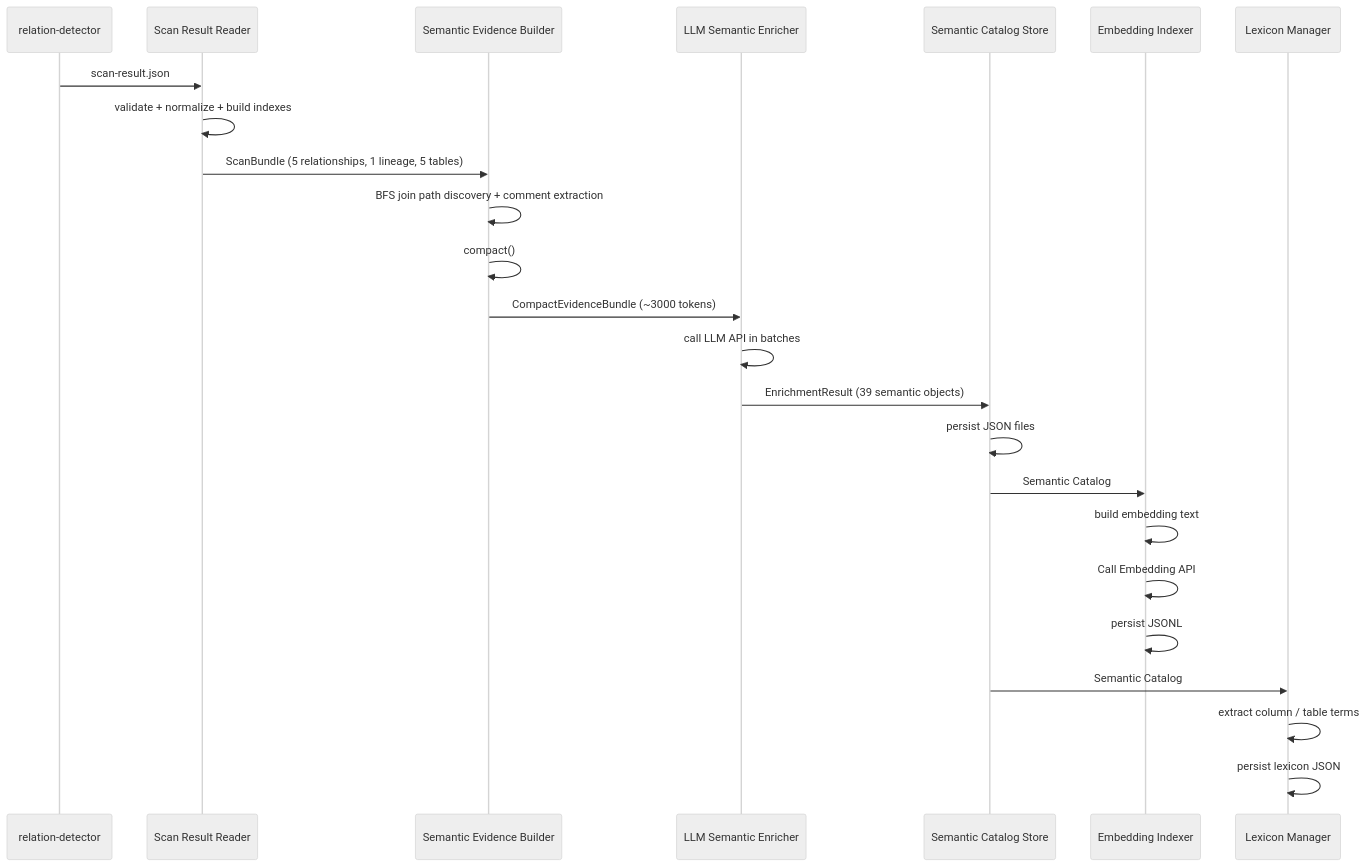
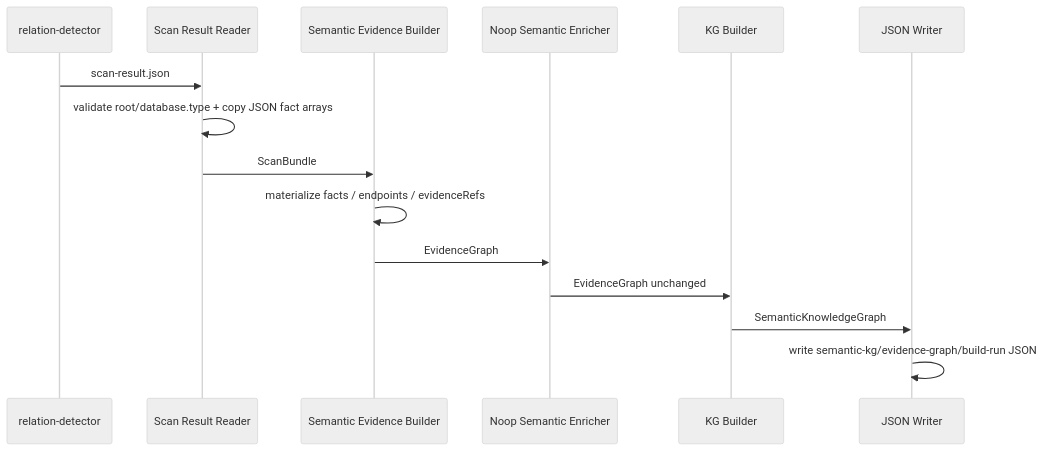
Before and after one commit to xiaoguang/relation-detector: the second of 6 diagrams in docs/design/semantic-layer/end-to-end-examples.md, drawn with Mermaid (neutral theme). The commit also changed other lines of this file and 7021 other files, not shown here.

````diff
--- a/docs/design/semantic-layer/end-to-end-examples.md
+++ b/docs/design/semantic-layer/end-to-end-examples.md
@@ -270,27 +231,18 @@
 ```mermaid
 sequenceDiagram
     participant RD as relation-detector
     participant SR as Scan Result Reader
     participant EB as Semantic Evidence Builder
-    participant LLM as LLM Semantic Enricher
-    participant CS as Semantic Catalog Store
-    participant EI as Embedding Indexer
-    participant LM as Lexicon Manager
+    participant NOOP as Noop Semantic Enricher
+    participant KG as KG Builder
+    participant JW as JSON Writer
 
     RD->>SR: scan-result.json
-    SR->>SR: validate + normalize + build indexes
-    SR->>EB: ScanBundle (5 relationships, 1 lineage, 5 tables)
-    EB->>EB: BFS join path discovery + comment extraction
-    EB->>EB: compact()
-    EB->>LLM: CompactEvidenceBundle (~3000 tokens)
-    LLM->>LLM: call LLM API in batches
-    LLM->>CS: EnrichmentResult (39 semantic objects)
-    CS->>CS: persist JSON files
-    CS->>EI: Semantic Catalog
-    EI->>EI: build embedding text
-    EI->>EI: Call Embedding API
-    EI->>EI: persist JSONL
-    CS->>LM: Semantic Catalog
-    LM->>LM: extract column / table terms
-    LM->>LM: persist lexicon JSON
+    SR->>SR: validate root/database.type + copy JSON fact arrays
+    SR->>EB: ScanBundle
+    EB->>EB: materialize facts / endpoints / evidenceRefs
+    EB->>NOOP: EvidenceGraph
+    NOOP->>KG: EvidenceGraph unchanged
+    KG->>JW: SemanticKnowledgeGraph
+    JW->>JW: write semantic-kg/evidence-graph/build-run JSON
 ```
````
